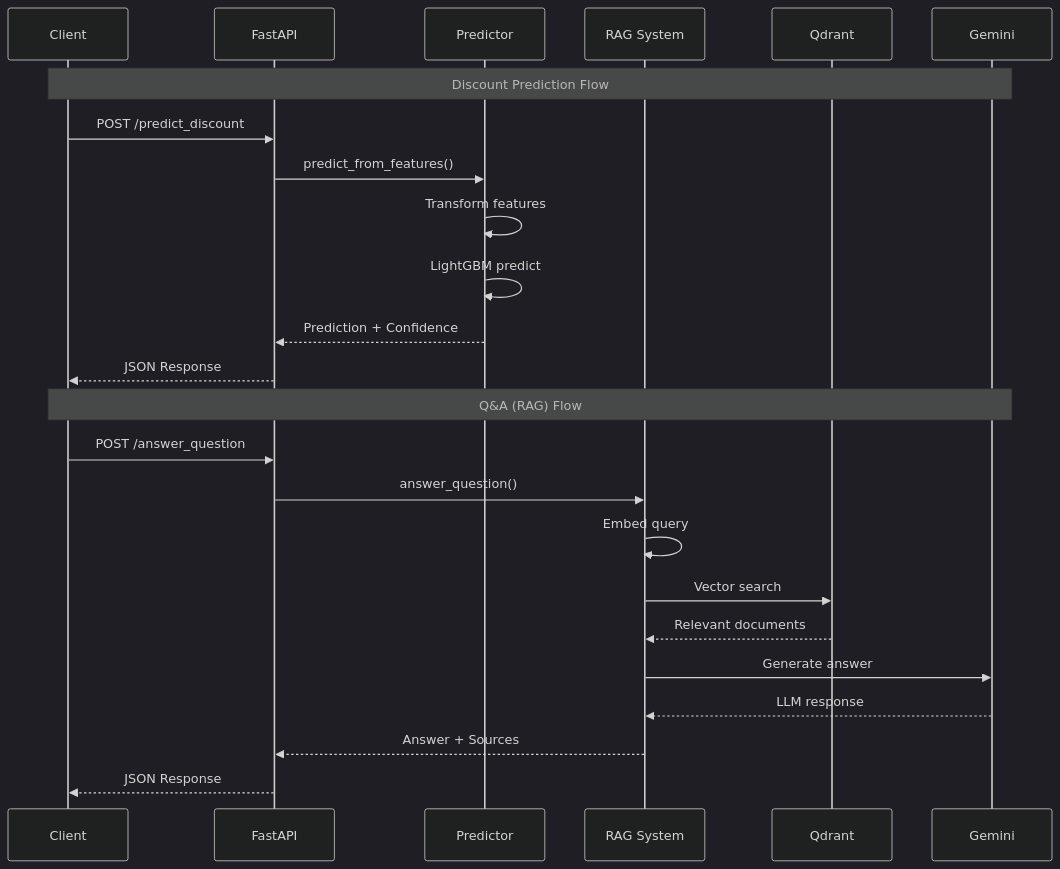
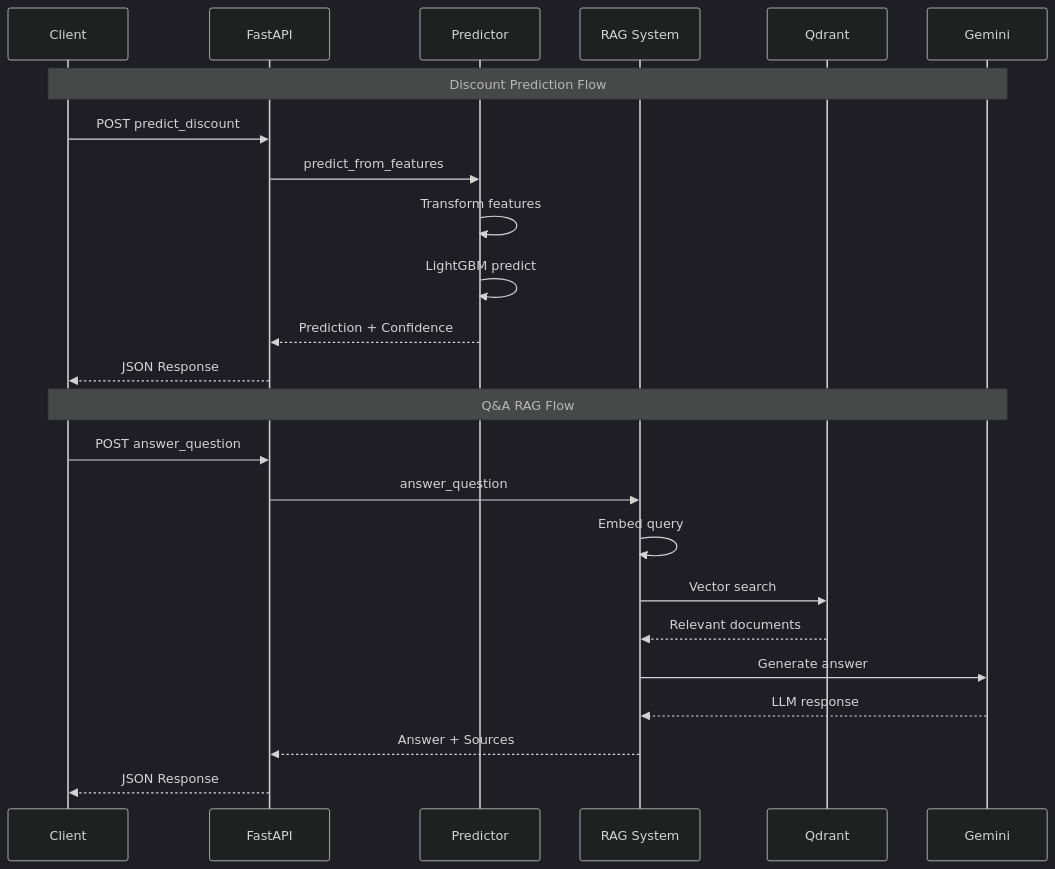
The third of 5 diagrams in docs/architecture/overview.md (nishant5790/marketing-intelligence), drawn with Mermaid (dark theme) before and after one commit. The commit also changed other lines of this file, not shown here.

````diff
--- a/docs/architecture/overview.md
+++ b/docs/architecture/overview.md
@@ -125,28 +129,28 @@
 ```mermaid
 sequenceDiagram
     participant C as Client
     participant API as FastAPI
     participant P as Predictor
     participant R as RAG System
     participant Q as Qdrant
     participant G as Gemini
     
     Note over C,G: Discount Prediction Flow
-    C->>API: POST /predict_discount
-    API->>P: predict_from_features()
+    C->>API: POST predict_discount
+    API->>P: predict_from_features
     P->>P: Transform features
     P->>P: LightGBM predict
     P-->>API: Prediction + Confidence
     API-->>C: JSON Response
     
-    Note over C,G: Q&A (RAG) Flow
-    C->>API: POST /answer_question
-    API->>R: answer_question()
+    Note over C,G: Q&A RAG Flow
+    C->>API: POST answer_question
+    API->>R: answer_question
     R->>R: Embed query
     R->>Q: Vector search
     Q-->>R: Relevant documents
     R->>G: Generate answer
     G-->>R: LLM response
     R-->>API: Answer + Sources
     API-->>C: JSON Response
 ```
````
